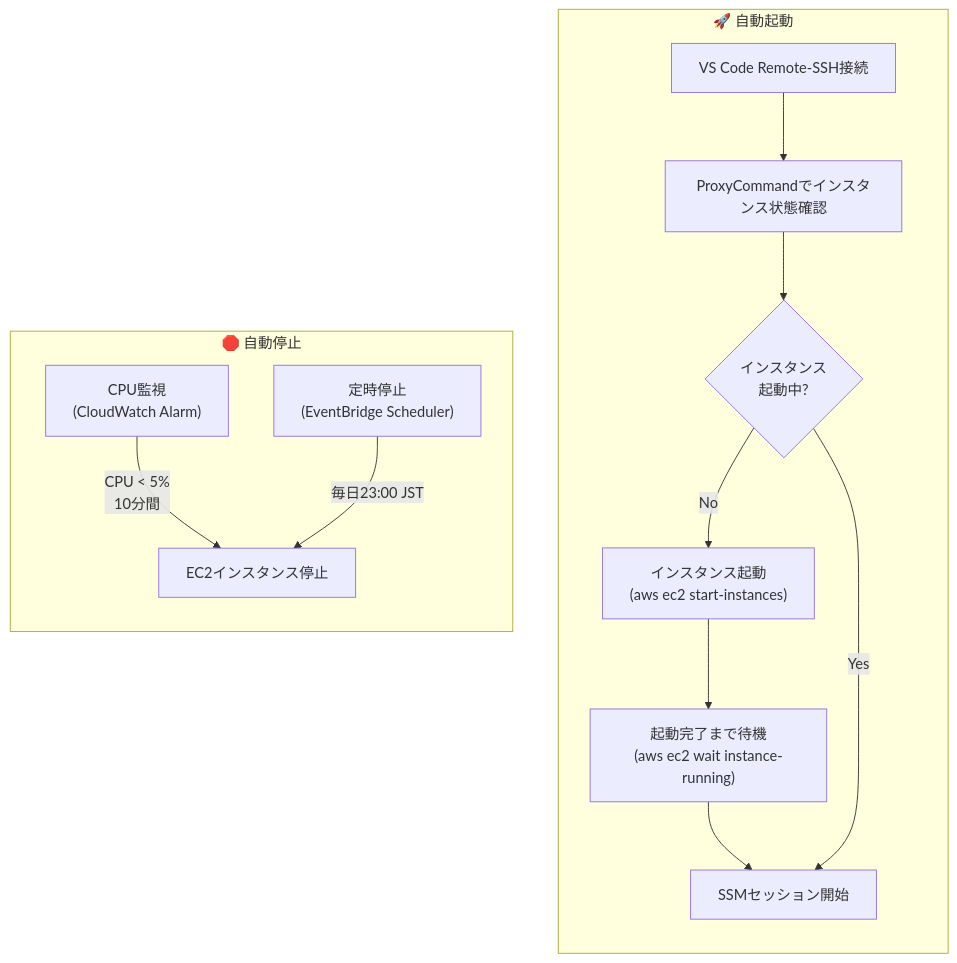
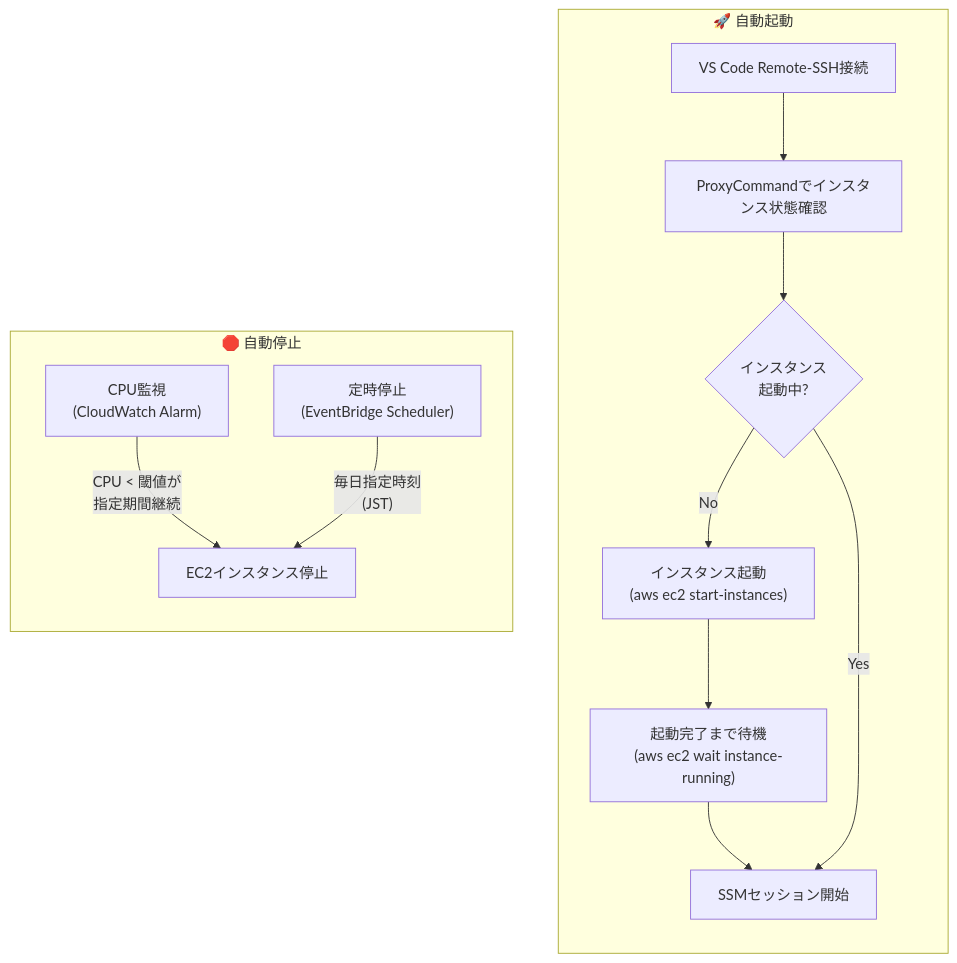
Before and after one commit to sukekyo26/ec2-workstation: the fourth of 4 diagrams in README.md, drawn with Mermaid. The commit also changed other lines of this file, not shown here.

````diff
--- a/README.md
+++ b/README.md
@@ -151,26 +151,26 @@
 ```mermaid
 flowchart TB
     subgraph AutoStart["🚀 自動起動"]
         direction TB
         A1["VS Code Remote-SSH接続"]
         A2["ProxyCommandでインスタンス状態確認"]
         A3{"インスタンス<br/>起動中?"}
         A4["インスタンス起動<br/>(aws ec2 start-instances)"]
         A5["起動完了まで待機<br/>(aws ec2 wait instance-running)"]
         A6["SSMセッション開始"]
 
         A1 --> A2 --> A3
         A3 -->|"No"| A4 --> A5 --> A6
         A3 -->|"Yes"| A6
     end
 
     subgraph AutoStop["🛑 自動停止"]
         direction TB
         B1["CPU監視<br/>(CloudWatch Alarm)"]
         B2["定時停止<br/>(EventBridge Scheduler)"]
         B3["EC2インスタンス停止"]
 
-        B1 -->|"CPU < 5%<br/>10分間"| B3
-        B2 -->|"毎日23:00 JST"| B3
+        B1 -->|"CPU < 閾値が<br/>指定期間継続"| B3
+        B2 -->|"毎日指定時刻<br/>(JST)"| B3
     end
 ```
````
